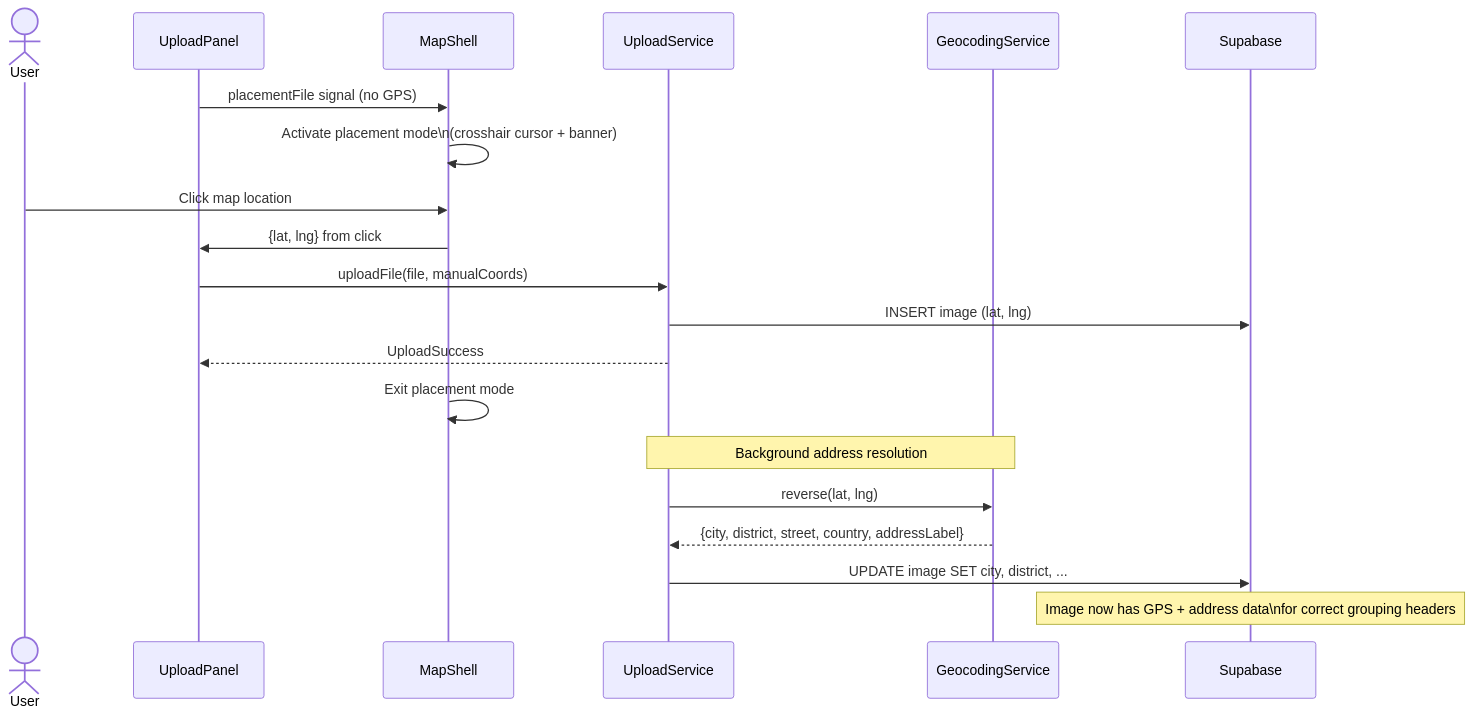
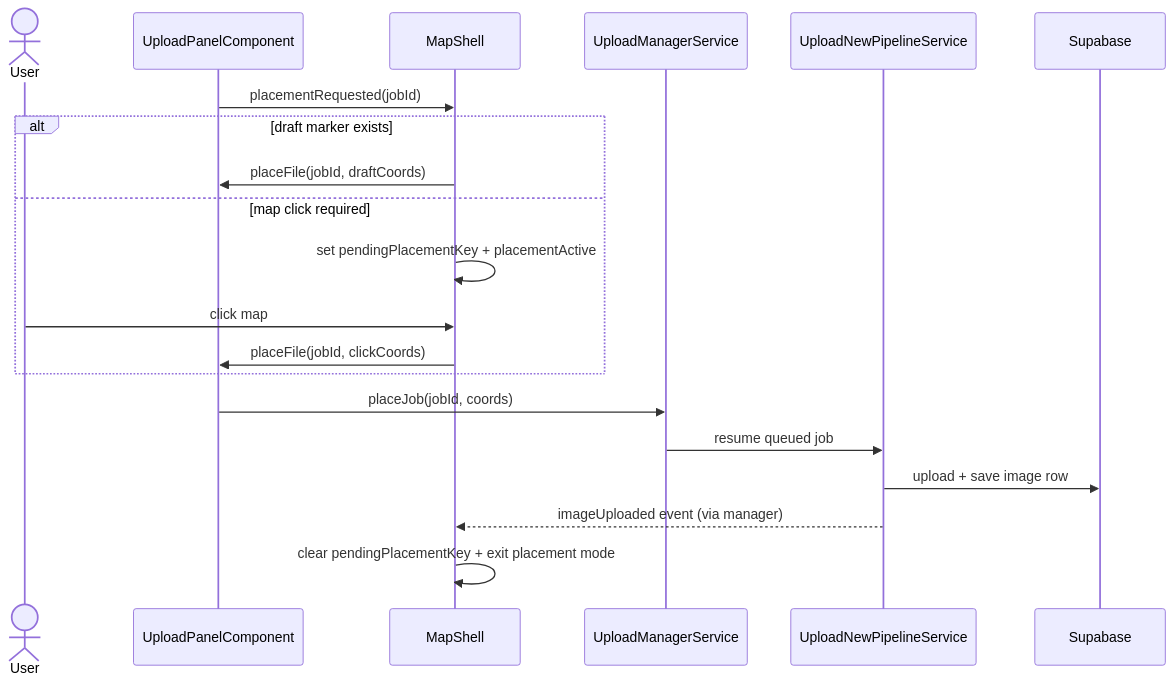
The first of 3 diagrams in docs/element-specs/placement-mode.md (matkleve/feldpost), drawn with Mermaid before and after one commit. The commit also changed other lines of this file and 12 other files, not shown here.

First line of the commit message:
Refactor upload manager and related components for improved structure and functionality

````diff
--- a/docs/element-specs/placement-mode.md
+++ b/docs/element-specs/placement-mode.md
@@ -31,24 +31,23 @@
 ```mermaid
 sequenceDiagram
     actor User
-    participant Upload as UploadPanel
+    participant Upload as UploadPanelComponent
     participant Map as MapShell
-    participant US as UploadService
-    participant Geo as GeocodingService
+    participant Manager as UploadManagerService
+    participant Pipeline as UploadNewPipelineService
     participant DB as Supabase
 
-    Upload->>Map: placementFile signal (no GPS)
-    Map->>Map: Activate placement mode\n(crosshair cursor + banner)
-    User->>Map: Click map location
-    Map->>Upload: {lat, lng} from click
-    Upload->>US: uploadFile(file, manualCoords)
-    US->>DB: INSERT image (lat, lng)
-    US-->>Upload: UploadSuccess
-    Map->>Map: Exit placement mode
-
-    Note over US,Geo: Background address resolution
-    US->>Geo: reverse(lat, lng)
-    Geo-->>US: {city, district, street, country, addressLabel}
-    US->>DB: UPDATE image SET city, district, ...
-    Note over DB: Image now has GPS + address data\nfor correct grouping headers
+    Upload->>Map: placementRequested(jobId)
+    alt draft marker exists
+      Map->>Upload: placeFile(jobId, draftCoords)
+    else map click required
+      Map->>Map: set pendingPlacementKey + placementActive
+      User->>Map: click map
+      Map->>Upload: placeFile(jobId, clickCoords)
+    end
+    Upload->>Manager: placeJob(jobId, coords)
+    Manager->>Pipeline: resume queued job
+    Pipeline->>DB: upload + save image row
+    Pipeline-->>Map: imageUploaded event (via manager)
+    Map->>Map: clear pendingPlacementKey + exit placement mode
 ```
````
